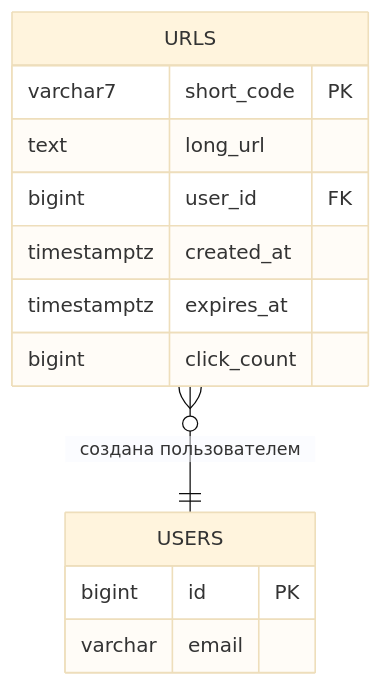
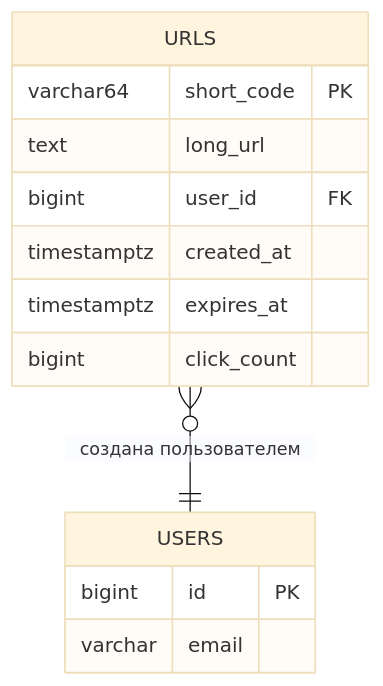
The third of 6 diagrams in 02-case-studies/url-shortener.md (AlohaJava/system-design-interview-chamkin), drawn with Mermaid (base theme) before and after one commit. The commit also changed other lines of this file and 49 other files, not shown here.

````diff
--- a/02-case-studies/url-shortener.md
+++ b/02-case-studies/url-shortener.md
@@ -211,16 +211,16 @@
 ```mermaid
 erDiagram
     URLS {
-        varchar7 short_code PK
+        varchar64 short_code PK
         text long_url
         bigint user_id FK
         timestamptz created_at
         timestamptz expires_at
         bigint click_count
     }
     USERS {
         bigint id PK
         varchar email
     }
     URLS }o--|| USERS : "создана пользователем"
 ```
````
